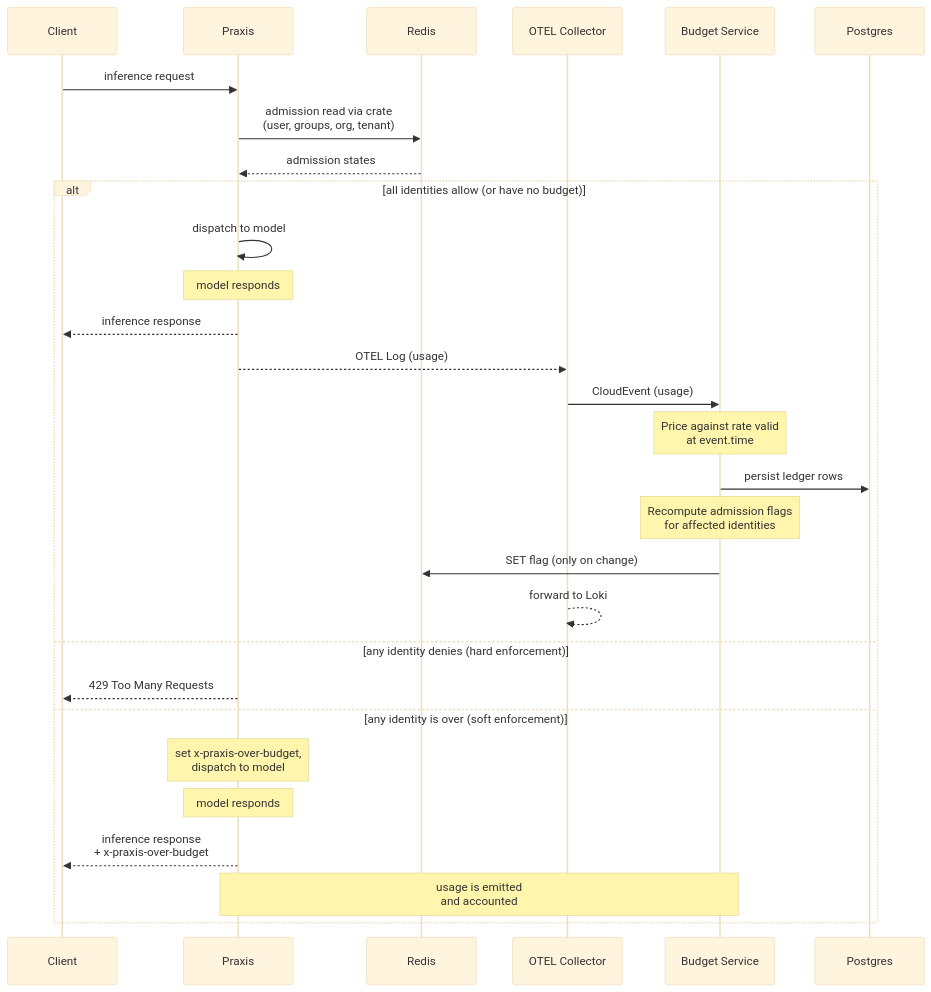
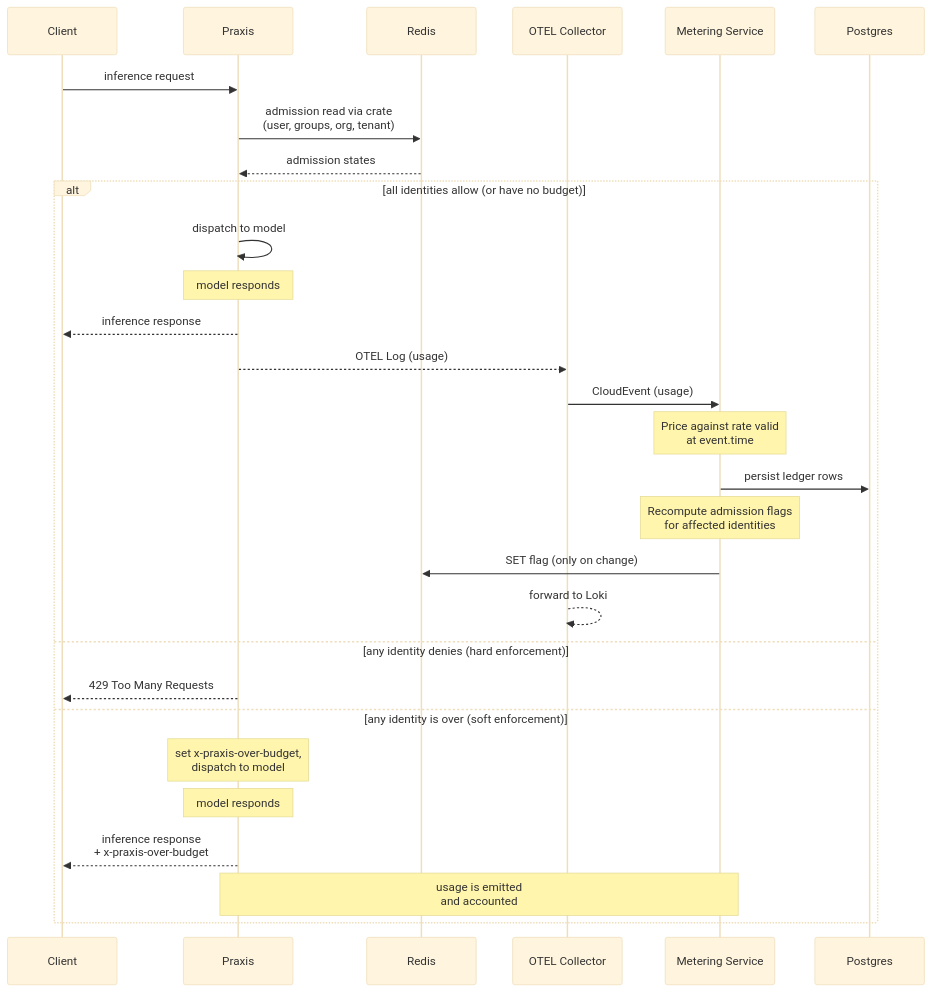
The second of 3 diagrams in architecture-decision-records/ai-gateway/ODH-ADR-0001-Tokenomics.md (opendatahub-io/architecture-decision-records), drawn with Mermaid (base theme) before and after one commit. The commit also changed other lines of this file, not shown here.

Commit message:
docs: Remaned BudgetService to MeternigService

````diff
--- a/architecture-decision-records/ai-gateway/ODH-ADR-0001-Tokenomics.md
+++ b/architecture-decision-records/ai-gateway/ODH-ADR-0001-Tokenomics.md
@@ -105,33 +105,33 @@
 ```mermaid
 sequenceDiagram
     participant Client
     participant Praxis
     participant Redis
     participant OTELCollector as OTEL Collector
-    participant BudgetService as Budget Service
+    participant MeteringService as Metering Service
     participant Postgres
 
     Client->>Praxis: inference request
     Praxis->>Redis: admission read via crate<br>(user, groups, org, tenant)
     Redis-->>Praxis: admission states
 
     alt all identities allow (or have no budget)
         Praxis->>Praxis: dispatch to model
         Note over Praxis: model responds
         Praxis-->>Client: inference response
         Praxis-->>OTELCollector: OTEL Log (usage)
-        OTELCollector->>BudgetService: CloudEvent (usage)
-        Note over BudgetService: Price against rate valid<br>at event.time
-        BudgetService->>Postgres: persist ledger rows
-        Note over BudgetService: Recompute admission flags<br>for affected identities
-        BudgetService->>Redis: SET flag (only on change)
+        OTELCollector->>MeteringService: CloudEvent (usage)
+        Note over MeteringService: Price against rate valid<br>at event.time
+        MeteringService->>Postgres: persist ledger rows
+        Note over MeteringService: Recompute admission flags<br>for affected identities
+        MeteringService->>Redis: SET flag (only on change)
         OTELCollector-->>OTELCollector: forward to Loki
     else any identity denies (hard enforcement)
         Praxis-->>Client: 429 Too Many Requests
     else any identity is over (soft enforcement)
         Note over Praxis: set x-praxis-over-budget,<br>dispatch to model
         Note over Praxis: model responds
         Praxis-->>Client: inference response<br>+ x-praxis-over-budget
-        Note over Praxis,BudgetService: usage is emitted<br>and accounted
+        Note over Praxis,MeteringService: usage is emitted<br>and accounted
     end
 ```
````
